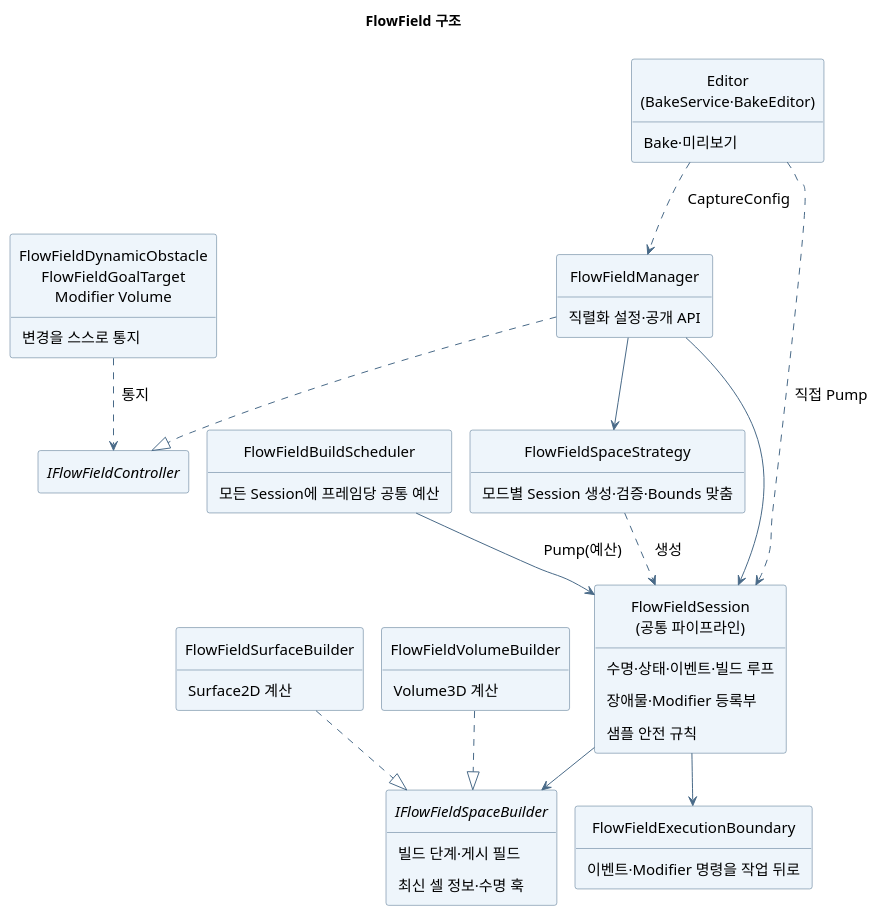
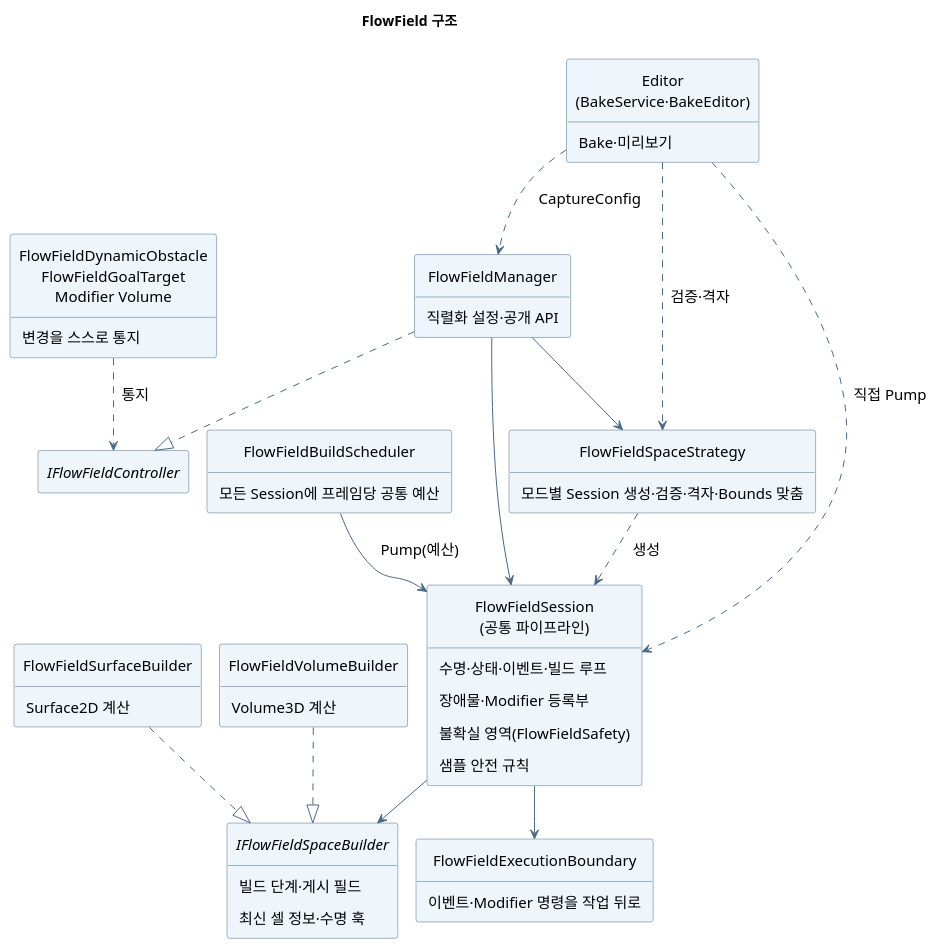
One commit to youwonsock/tool-unity-editor changed the diagram in ToyProject/Assets/_FlowField/Docs/flowfield-structure.puml. Above: the diagram before and after it, drawn with PlantUML. The commit also changed 7 other files, not shown here.

Commit message:
README·TechnicalNotes와 PlantUML 3개를 Session 소유 불확실 영역과 한 경로 검사에 맞추고 PNG를 다시 렌더링함

```diff
--- a/ToyProject/Assets/_FlowField/Docs/flowfield-structure.puml
+++ b/ToyProject/Assets/_FlowField/Docs/flowfield-structure.puml
@@ -1,61 +1,63 @@
 @startuml flowfield-structure
 !pragma layout smetana
 skinparam shadowing false
 skinparam defaultFontName "Apple SD Gothic Neo"
 skinparam defaultFontSize 15
 skinparam ArrowColor #496A88
 skinparam Padding 6
 skinparam classBackgroundColor #EEF5FB
 skinparam classBorderColor #496A88
 hide empty members
 hide circle
 title FlowField 구조
 
 class "FlowFieldDynamicObstacle\nFlowFieldGoalTarget\nModifier Volume" as Components {
   변경을 스스로 통지
 }
 interface "IFlowFieldController" as API
 class FlowFieldManager {
   직렬화 설정·공개 API
 }
 class FlowFieldSpaceStrategy {
-  모드별 Session 생성·검증·Bounds 맞춤
+  모드별 Session 생성·검증·격자·Bounds 맞춤
 }
 class "FlowFieldSession\n(공통 파이프라인)" as Session {
   수명·상태·이벤트·빌드 루프
   장애물·Modifier 등록부
+  {field} 불확실 영역(FlowFieldSafety)
   샘플 안전 규칙
 }
 interface IFlowFieldSpaceBuilder {
   빌드 단계·게시 필드
   최신 셀 정보·수명 훅
 }
 class FlowFieldSurfaceBuilder {
   Surface2D 계산
 }
 class FlowFieldVolumeBuilder {
   Volume3D 계산
 }
 class FlowFieldBuildScheduler {
   모든 Session에 프레임당 공통 예산
 }
 class FlowFieldExecutionBoundary {
   이벤트·Modifier 명령을 작업 뒤로
 }
 class "Editor\n(BakeService·BakeEditor)" as Editor {
   Bake·미리보기
 }
 
 Components ..> API : 통지
 FlowFieldManager ..|> API
 FlowFieldManager --> FlowFieldSpaceStrategy
 FlowFieldSpaceStrategy ..> Session : 생성
 FlowFieldManager --> Session
 Session --> IFlowFieldSpaceBuilder
 FlowFieldSurfaceBuilder ..|> IFlowFieldSpaceBuilder
 FlowFieldVolumeBuilder ..|> IFlowFieldSpaceBuilder
 FlowFieldBuildScheduler --> Session : Pump(예산)
 Session --> FlowFieldExecutionBoundary
 Editor ..> FlowFieldManager : CaptureConfig
+Editor ..> FlowFieldSpaceStrategy : 검증·격자
 Editor ..> Session : 직접 Pump
 @enduml
```
